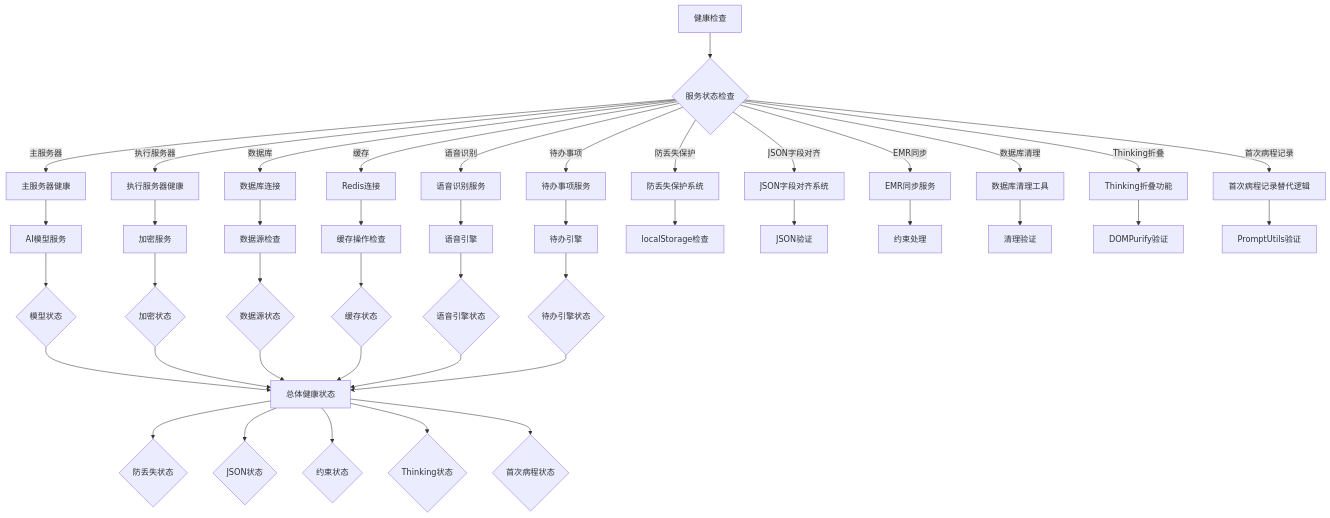
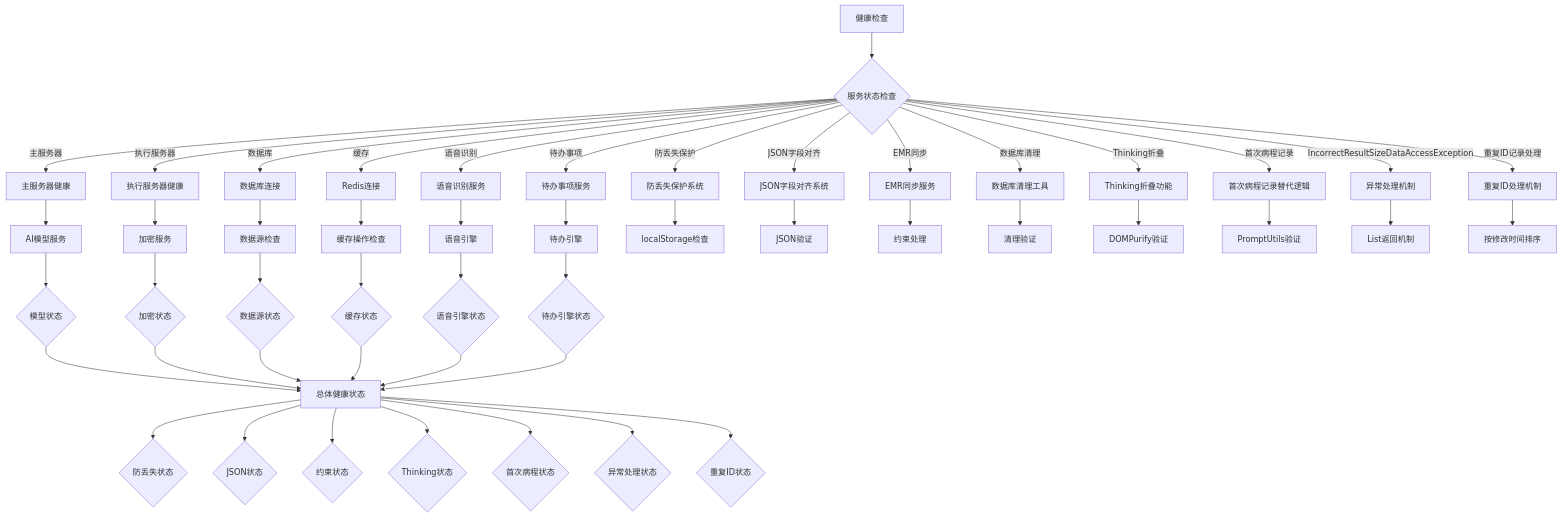
Diagram 17 of 20 in .qoder/repowiki/zh/content/Medical Record Operation Guide.md (liuzh2008/med_ai_assistant_workspace), drawn with Mermaid before and after one commit. The commit also changed other lines of this file and 6 other files, not shown here.

````diff
--- a/.qoder/repowiki/zh/content/Medical Record Operation Guide.md
+++ b/.qoder/repowiki/zh/content/Medical Record Operation Guide.md
@@ -1441,45 +1507,51 @@
 ```mermaid
 flowchart TD
 HealthCheck[健康检查] --> ServiceCheck{服务状态检查}
 ServiceCheck --> |主服务器| MainServer[主服务器健康]
 ServiceCheck --> |执行服务器| ExecServer[执行服务器健康]
 ServiceCheck --> |数据库| Database[数据库连接]
 ServiceCheck --> |缓存| Cache[Redis连接]
 ServiceCheck --> |语音识别| VoiceService[语音识别服务]
 ServiceCheck --> |待办事项| TodoService[待办事项服务]
 ServiceCheck --> |防丢失保护| DraftProtection[防丢失保护系统]
 ServiceCheck --> |JSON字段对齐| FieldAlignment[JSON字段对齐系统]
 ServiceCheck --> |EMR同步| EmrSync[EMR同步服务]
 ServiceCheck --> |数据库清理| DatabaseCleanup[数据库清理工具]
 ServiceCheck --> |Thinking折叠| ThinkingFold[Thinking折叠功能]
 ServiceCheck --> |首次病程记录| FirstCourseSubstitute[首次病程记录替代逻辑]
+ServiceCheck --> |IncorrectResultSizeDataAccessException| IRSDAE[异常处理机制]
+ServiceCheck --> |重复ID记录处理| DuplicateIDHandler[重复ID处理机制]
 MainServer --> AIService[AI模型服务]
 ExecServer --> Encryption[加密服务]
 Database --> DataSources[数据源检查]
 Cache --> CacheOps[缓存操作检查]
 VoiceService --> VoiceEngine[语音引擎]
 TodoService --> TodoEngine[待办引擎]
 DraftProtection --> LocalStorage[localStorage检查]
 FieldAlignment --> JSONValidation[JSON验证]
 EmrSync --> ConstraintHandling[约束处理]
 DatabaseCleanup --> CleanupValidation[清理验证]
 ThinkingFold --> DOMPurifyValidation[DOMPurify验证]
 FirstCourseSubstitute --> PromptUtilsValidation[PromptUtils验证]
+IRSDAE --> ListReturnMechanism[List返回机制]
+DuplicateIDHandler --> ModifiedOnSort[按修改时间排序]
 AIService --> ModelStatus{模型状态}
 Encryption --> EncStatus{加密状态}
 DataSources --> DSStatus{数据源状态}
 CacheOps --> COStatus{缓存状态}
 VoiceEngine --> VEStatus{语音引擎状态}
 TodoEngine --> TEStatus{待办引擎状态}
 ModelStatus --> OverallStatus[总体健康状态]
 EncStatus --> OverallStatus
 DSStatus --> OverallStatus
 COStatus --> OverallStatus
 VEStatus --> OverallStatus
 TEStatus --> OverallStatus
 OverallStatus --> DraftStatus{防丢失状态}
 OverallStatus --> JSONStatus{JSON状态}
 OverallStatus --> ConstraintStatus{约束状态}
 OverallStatus --> ThinkingStatus{Thinking状态}
 OverallStatus --> FirstCourseStatus{首次病程状态}
+OverallStatus --> IRSDAEStatus{异常处理状态}
+OverallStatus --> DuplicateIDStatus{重复ID状态}
 ```
````
